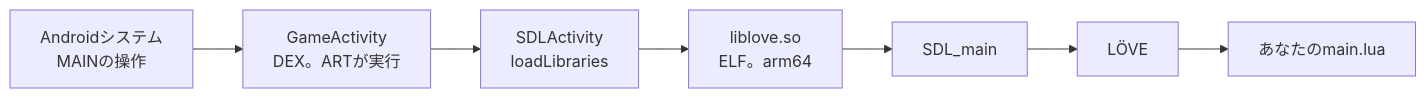
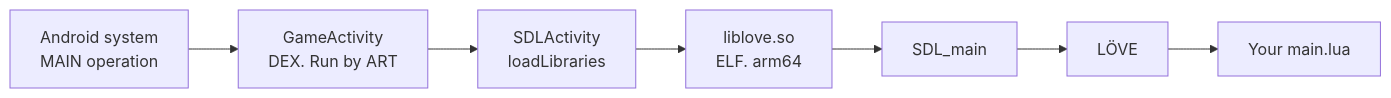
Before and after one commit to kiwamizamurai/gaming: the third of 4 diagrams in articles/24-android-nova.md, drawn with Mermaid. The commit also changed other lines of this file and 46 other files, not shown here.

````diff
--- a/articles/24-android-nova.md
+++ b/articles/24-android-nova.md
@@ -257,9 +257,9 @@
 ```mermaid
 flowchart LR
-  a["Androidシステム<br>MAINの操作"] --> b["GameActivity<br>DEX。ARTが実行"]
+  a["Android system<br>MAIN operation"] --> b["GameActivity<br>DEX. Run by ART"]
   b --> c["SDLActivity<br>loadLibraries"]
-  c --> d["liblove.so<br>ELF。arm64"]
+  c --> d["liblove.so<br>ELF. arm64"]
   d --> e["SDL_main"]
   e --> f["LÖVE"]
-  f --> g["あなたのmain.lua"]
+  f --> g["Your main.lua"]
 ```
````
